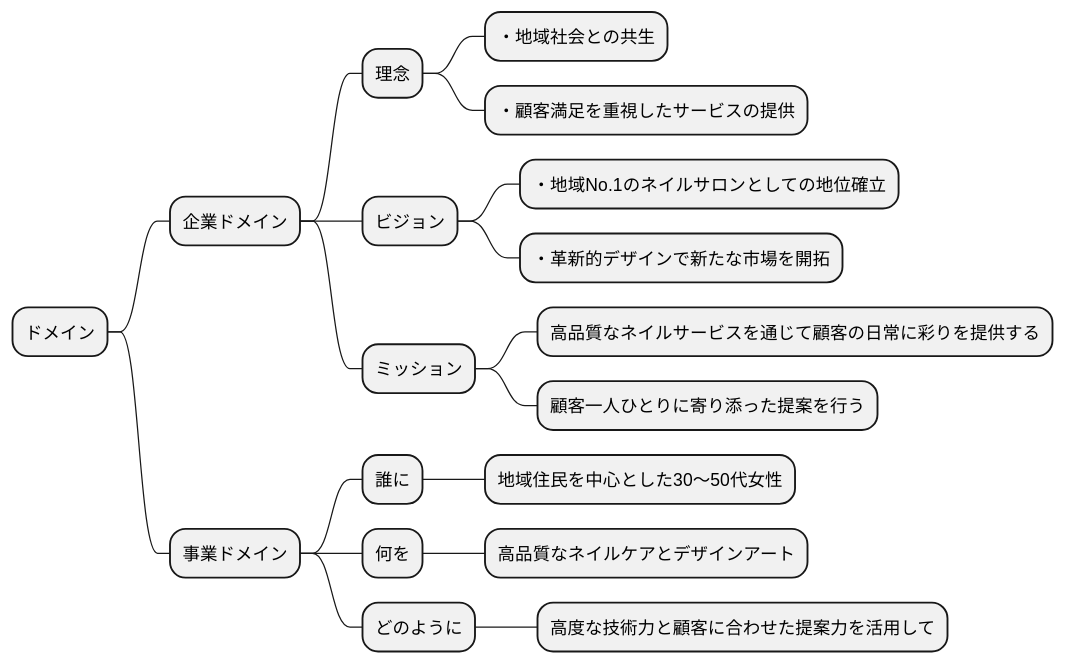
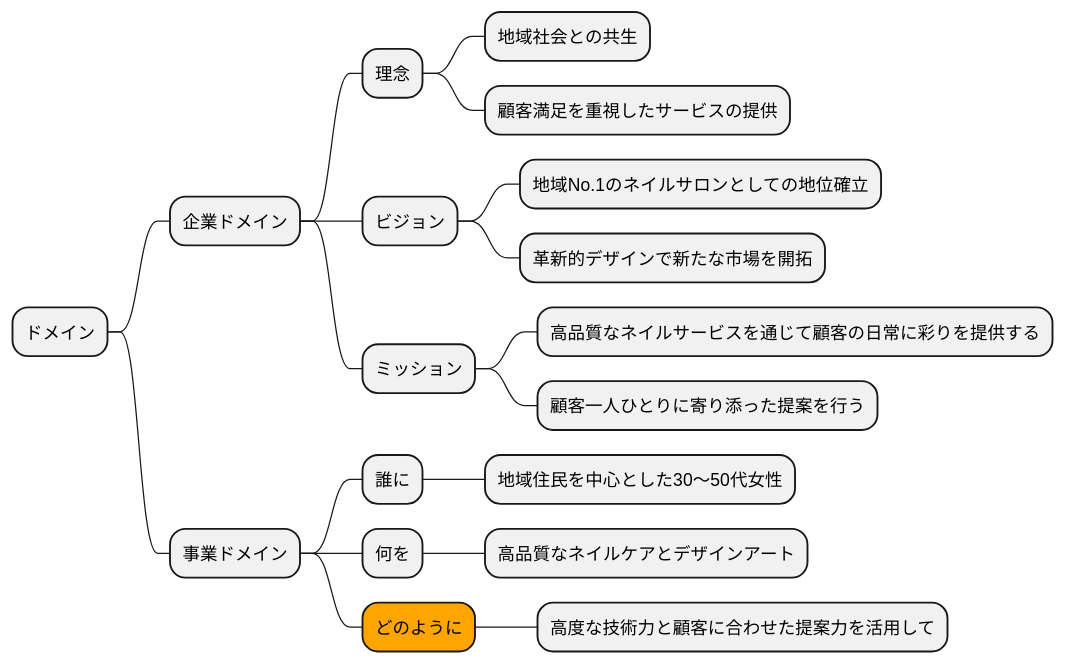
Before and after one commit to k2works/case-sutudy-business-analysis: the fifth of 16 diagrams in docs/case/r01_case_2.adoc, drawn with PlantUML. The commit also changed other lines of this file, not shown here.

```diff
--- a/docs/case/r01_case_2.adoc
+++ b/docs/case/r01_case_2.adoc
@@ -167,25 +167,25 @@
 [plantuml]
 ----
 @startmindmap
 
 * ドメイン
 ** 企業ドメイン
 *** 理念
-**** ・地域社会との共生
-**** ・顧客満足を重視したサービスの提供
+**** 地域社会との共生
+**** 顧客満足を重視したサービスの提供
 *** ビジョン
-**** ・地域No.1のネイルサロンとしての地位確立
-**** ・革新的デザインで新たな市場を開拓
+**** 地域No.1のネイルサロンとしての地位確立
+**** 革新的デザインで新たな市場を開拓
 *** ミッション
 **** 高品質なネイルサービスを通じて顧客の日常に彩りを提供する
 **** 顧客一人ひとりに寄り添った提案を行う
 ** 事業ドメイン
 *** 誰に
 **** 地域住民を中心とした30～50代女性
 *** 何を
 **** 高品質なネイルケアとデザインアート
-*** どのように
+***[#orange] どのように
 **** 高度な技術力と顧客に合わせた提案力を活用して
 
 @endmindmapp
 ----
```
